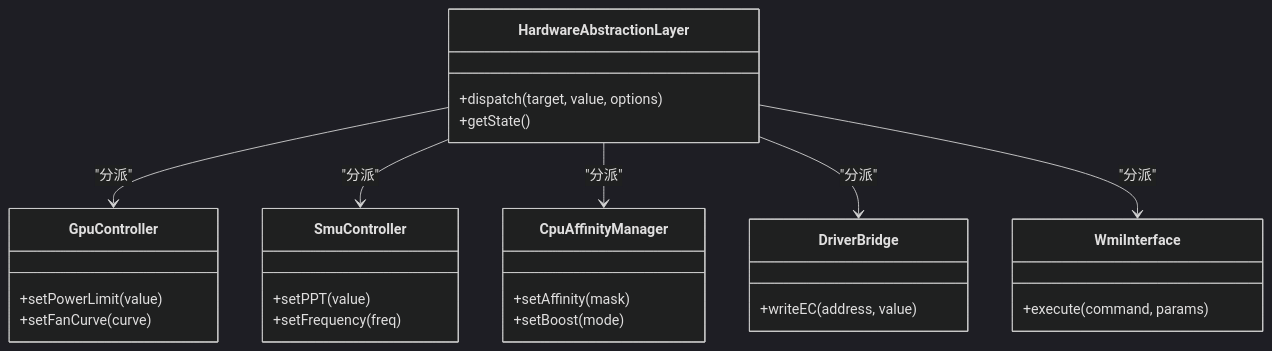
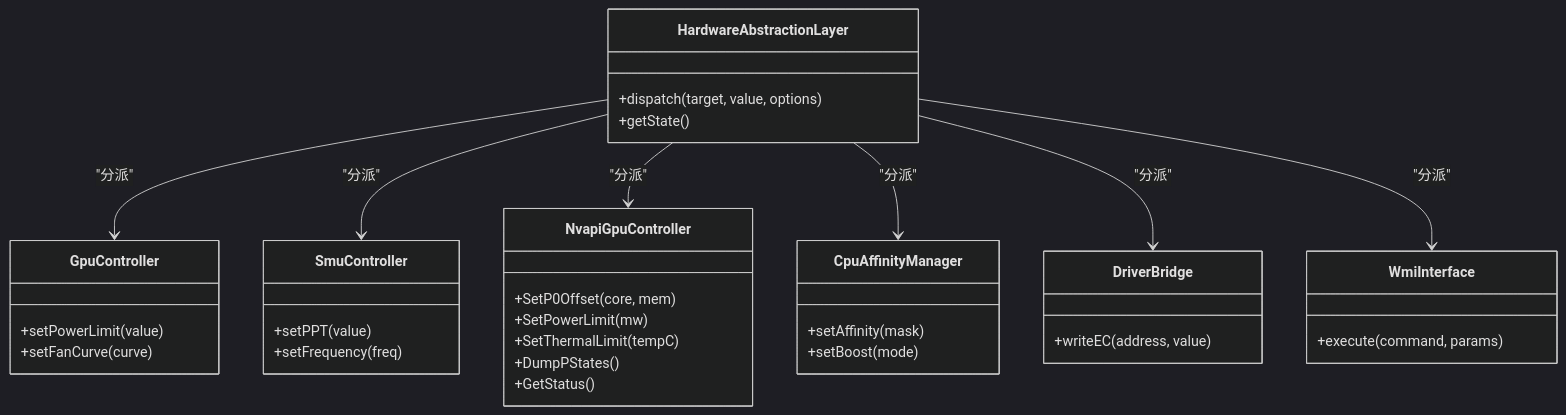
One commit to KanzakiK/DOUZHANZHE-Control changed the fifth of 6 diagrams in .qoder/repowiki/zh/content/API参考文档/RESTful API/硬件控制API/硬件控制API.md. Above: the diagram before and after it, drawn with Mermaid (dark theme). The commit also changed other lines of this file and 37 other files, not shown here.

````diff
--- a/.qoder/repowiki/zh/content/API参考文档/RESTful API/硬件控制API/硬件控制API.md
+++ b/.qoder/repowiki/zh/content/API参考文档/RESTful API/硬件控制API/硬件控制API.md
@@ -253,30 +264,38 @@
 ```mermaid
 classDiagram
 class HardwareAbstractionLayer {
 +dispatch(target, value, options)
 +getState()
 }
 class GpuController {
 +setPowerLimit(value)
 +setFanCurve(curve)
 }
 class SmuController {
 +setPPT(value)
 +setFrequency(freq)
 }
+class NvapiGpuController {
++SetP0Offset(core, mem)
++SetPowerLimit(mw)
++SetThermalLimit(tempC)
++DumpPStates()
++GetStatus()
+}
 class CpuAffinityManager {
 +setAffinity(mask)
 +setBoost(mode)
 }
 class DriverBridge {
 +writeEC(address, value)
 }
 class WmiInterface {
 +execute(command, params)
 }
 HardwareAbstractionLayer --> GpuController : "分派"
 HardwareAbstractionLayer --> SmuController : "分派"
+HardwareAbstractionLayer --> NvapiGpuController : "分派"
 HardwareAbstractionLayer --> CpuAffinityManager : "分派"
 HardwareAbstractionLayer --> DriverBridge : "分派"
 HardwareAbstractionLayer --> WmiInterface : "分派"
 ```
````
